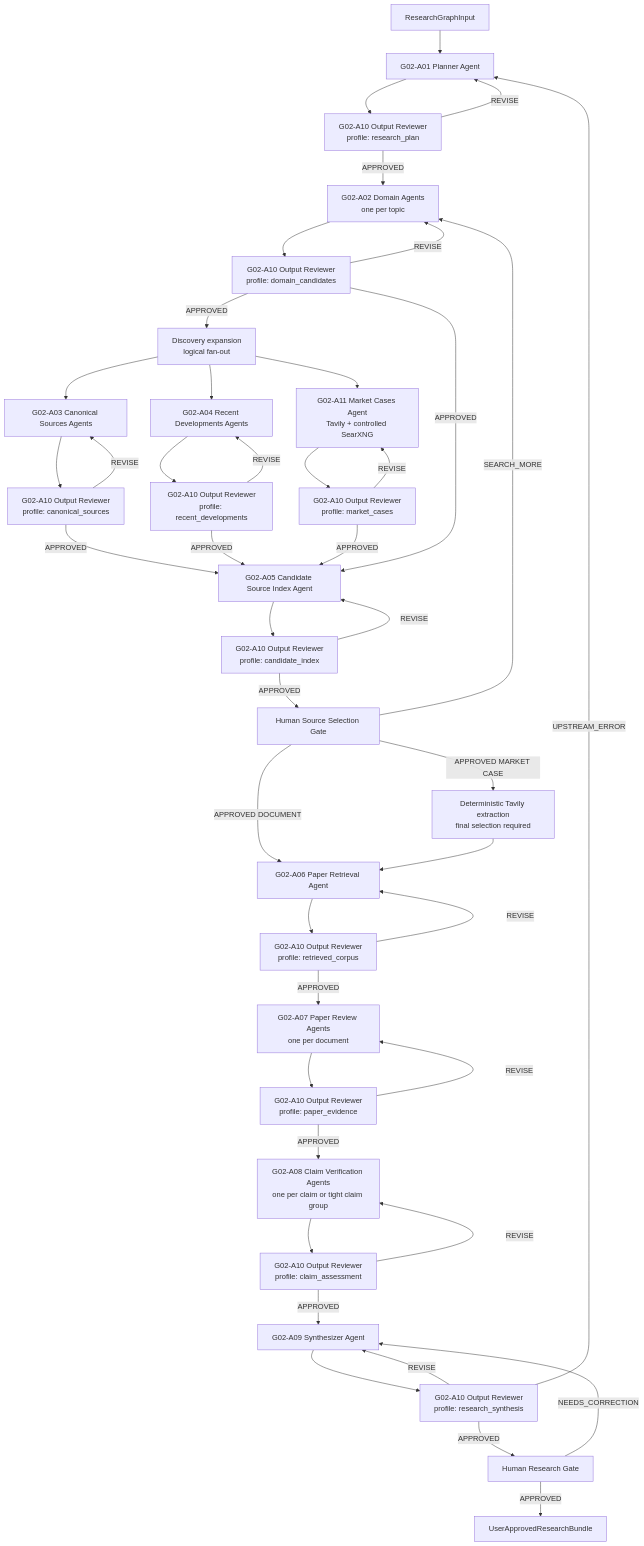
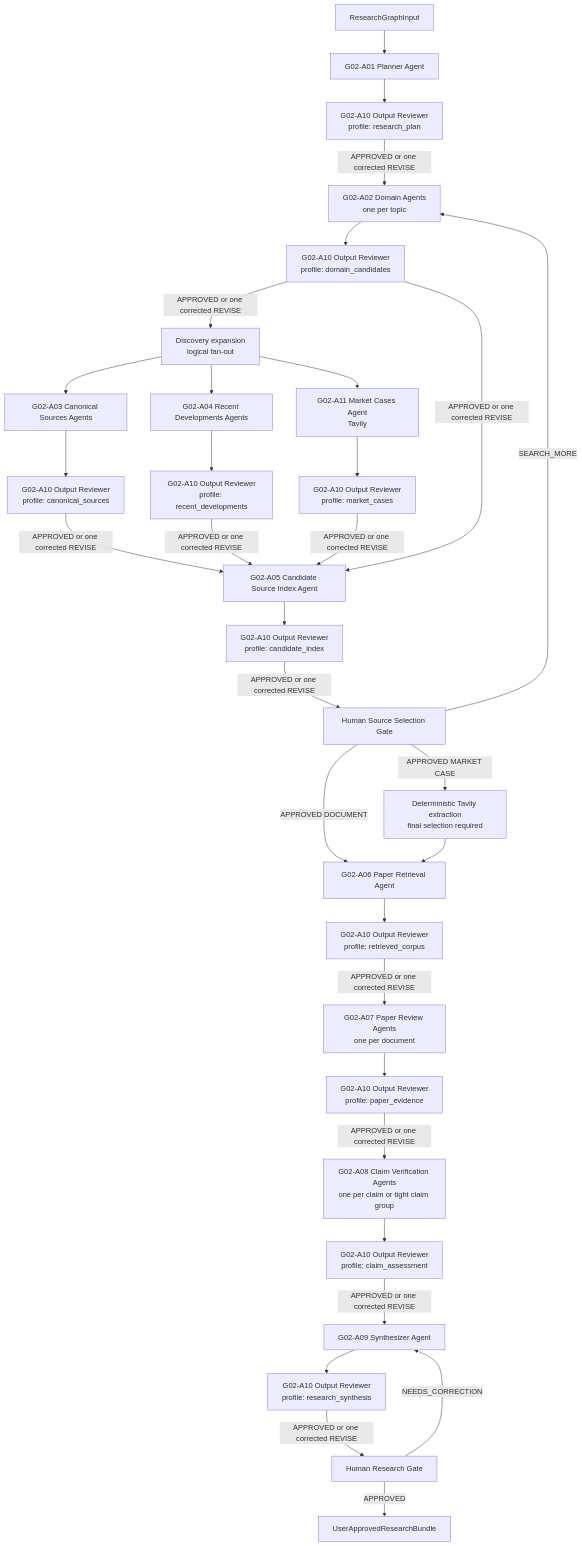
Before and after one commit to masterhudini/EduMaterialsAgents: the diagram in docs/02_Architektura_agentow_i_skilli.md, drawn with Mermaid. The commit also changed other lines of this file and 89 other files, not shown here.

````diff
--- a/docs/02_Architektura_agentow_i_skilli.md
+++ b/docs/02_Architektura_agentow_i_skilli.md
@@ -5,54 +5,42 @@
 ```mermaid
 flowchart TD
     IN["ResearchGraphInput"] --> RP["G02-A01 Planner Agent"]
     RP --> RV1["G02-A10 Output Reviewer\nprofile: research_plan"]
-    RV1 -->|REVISE| RP
-    RV1 -->|APPROVED| DR["G02-A02 Domain Agents\none per topic"]
+    RV1 -->|APPROVED or one corrected REVISE| DR["G02-A02 Domain Agents\none per topic"]
 
     DR --> RV2["G02-A10 Output Reviewer\nprofile: domain_candidates"]
-    RV2 -->|REVISE| DR
-    RV2 -->|APPROVED| EXP["Discovery expansion\nlogical fan-out"]
+    RV2 -->|APPROVED or one corrected REVISE| EXP["Discovery expansion\nlogical fan-out"]
 
     EXP --> CS["G02-A03 Canonical Sources Agents"]
     EXP --> RD["G02-A04 Recent Developments Agents"]
-    EXP --> MC["G02-A11 Market Cases Agent\nTavily + controlled SearXNG"]
+    EXP --> MC["G02-A11 Market Cases Agent\nTavily"]
     CS --> RV3["G02-A10 Output Reviewer\nprofile: canonical_sources"]
     RD --> RV4["G02-A10 Output Reviewer\nprofile: recent_developments"]
     MC --> RVMC["G02-A10 Output Reviewer\nprofile: market_cases"]
-    RV3 -->|REVISE| CS
-    RV4 -->|REVISE| RD
-    RVMC -->|REVISE| MC
-
-    RV3 -->|APPROVED| IDX["G02-A05 Candidate Source Index Agent"]
-    RV4 -->|APPROVED| IDX
-    RVMC -->|APPROVED| IDX
-    RV2 -->|APPROVED| IDX
+    RV3 -->|APPROVED or one corrected REVISE| IDX["G02-A05 Candidate Source Index Agent"]
+    RV4 -->|APPROVED or one corrected REVISE| IDX
+    RVMC -->|APPROVED or one corrected REVISE| IDX
+    RV2 -->|APPROVED or one corrected REVISE| IDX
 
     IDX --> RV5["G02-A10 Output Reviewer\nprofile: candidate_index"]
-    RV5 -->|REVISE| IDX
-    RV5 -->|APPROVED| HG1["Human Source Selection Gate"]
+    RV5 -->|APPROVED or one corrected REVISE| HG1["Human Source Selection Gate"]
     HG1 -->|SEARCH_MORE| DR
     HG1 -->|APPROVED DOCUMENT| PR["G02-A06 Paper Retrieval Agent"]
     HG1 -->|APPROVED MARKET CASE| WEX["Deterministic Tavily extraction\nfinal selection required"]
 
     PR --> RV6["G02-A10 Output Reviewer\nprofile: retrieved_corpus"]
-    RV6 -->|REVISE| PR
-    RV6 -->|APPROVED| PRA["G02-A07 Paper Review Agents\none per document"]
+    RV6 -->|APPROVED or one corrected REVISE| PRA["G02-A07 Paper Review Agents\none per document"]
     WEX --> PR
 
     PRA --> RV7["G02-A10 Output Reviewer\nprofile: paper_evidence"]
-    RV7 -->|REVISE| PRA
-    RV7 -->|APPROVED| CV["G02-A08 Claim Verification Agents\none per claim or tight claim group"]
+    RV7 -->|APPROVED or one corrected REVISE| CV["G02-A08 Claim Verification Agents\none per claim or tight claim group"]
 
     CV --> RV8["G02-A10 Output Reviewer\nprofile: claim_assessment"]
-    RV8 -->|REVISE| CV
-    RV8 -->|APPROVED| RS["G02-A09 Synthesizer Agent"]
+    RV8 -->|APPROVED or one corrected REVISE| RS["G02-A09 Synthesizer Agent"]
 
     RS --> RV9["G02-A10 Output Reviewer\nprofile: research_synthesis"]
-    RV9 -->|REVISE| RS
-    RV9 -->|UPSTREAM_ERROR| RP
-    RV9 -->|APPROVED| HG2["Human Research Gate"]
+    RV9 -->|APPROVED or one corrected REVISE| HG2["Human Research Gate"]
 
     HG2 -->|NEEDS_CORRECTION| RS
     HG2 -->|APPROVED| OUT["UserApprovedResearchBundle"]
 ```
````
